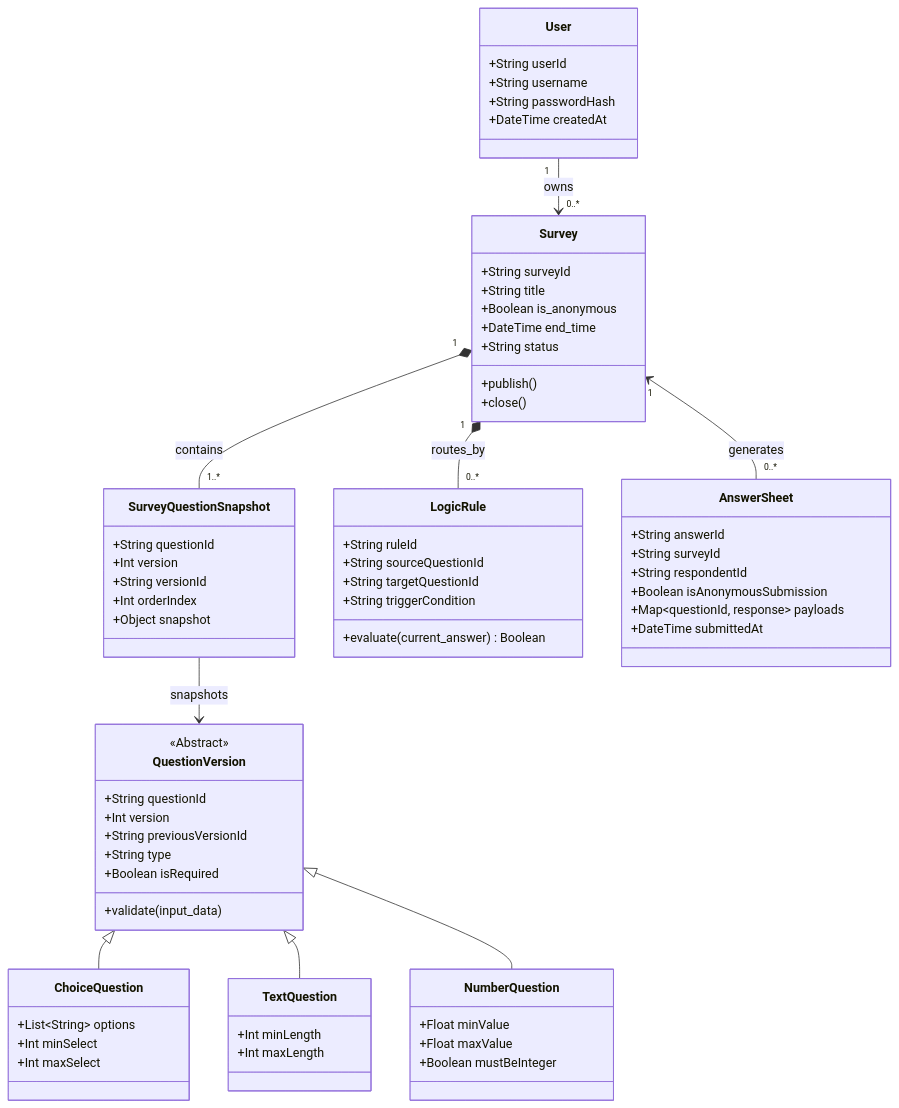
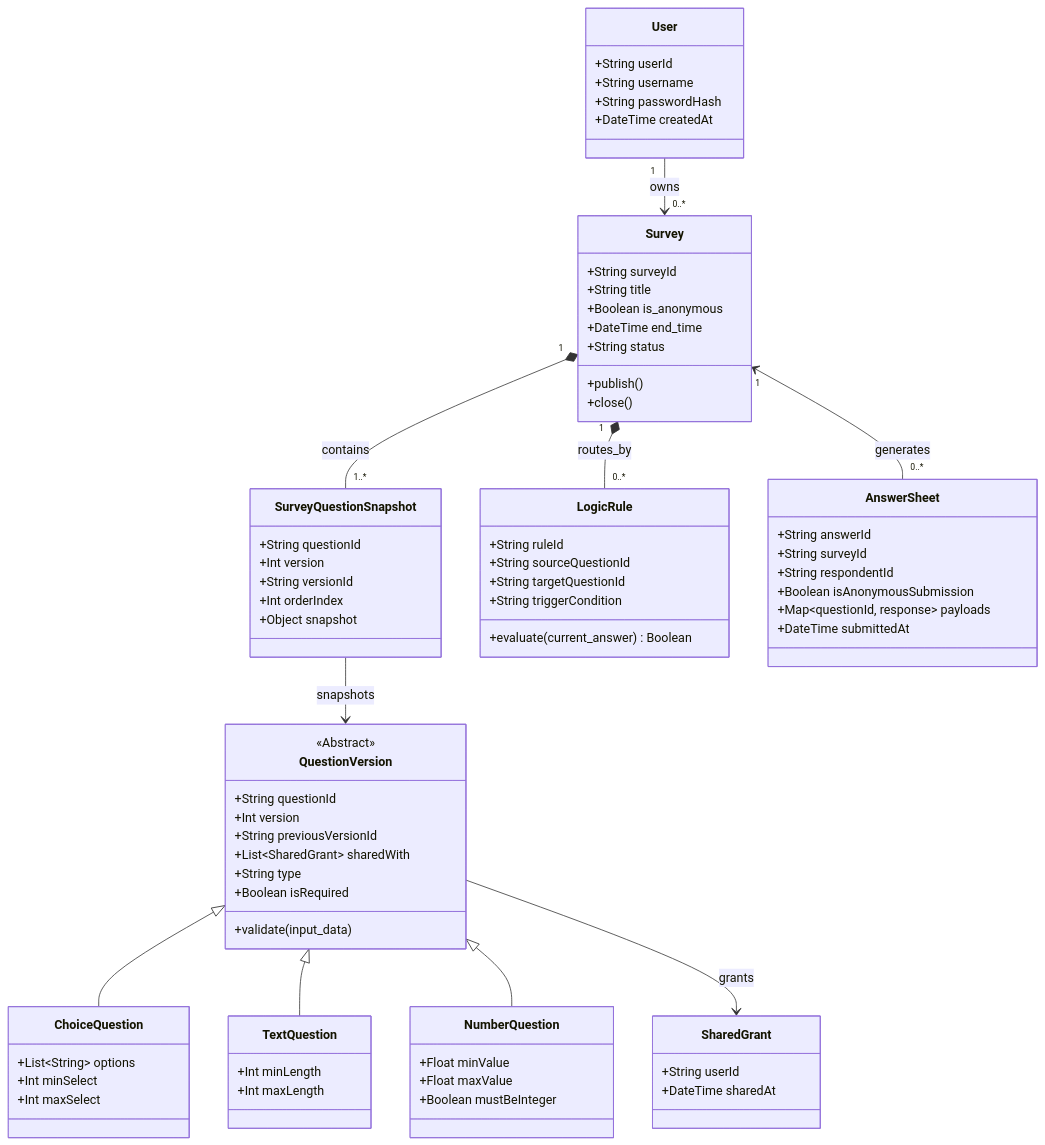
Before and after one commit to 4bqwq/fastapi-mongo-survey: the fourth of 6 diagrams in doc/02-architecture.md, drawn with Mermaid. The commit also changed other lines of this file and 10 other files, not shown here.

````diff
--- a/doc/02-architecture.md
+++ b/doc/02-architecture.md
@@ -132,9 +138,15 @@
         +String questionId
         +Int version
         +String previousVersionId
+        +List~SharedGrant~ sharedWith
         +String type
         +Boolean isRequired
         +validate(input_data)
+    }
+
+    class SharedGrant {
+        +String userId
+        +DateTime sharedAt
     }
 
     class SurveyQuestionSnapshot {
@@ -186,5 +198,6 @@
     QuestionVersion <|-- ChoiceQuestion
     QuestionVersion <|-- TextQuestion
     QuestionVersion <|-- NumberQuestion
+    QuestionVersion --> SharedGrant : grants
     SurveyQuestionSnapshot --> QuestionVersion : snapshots
 ```
````
